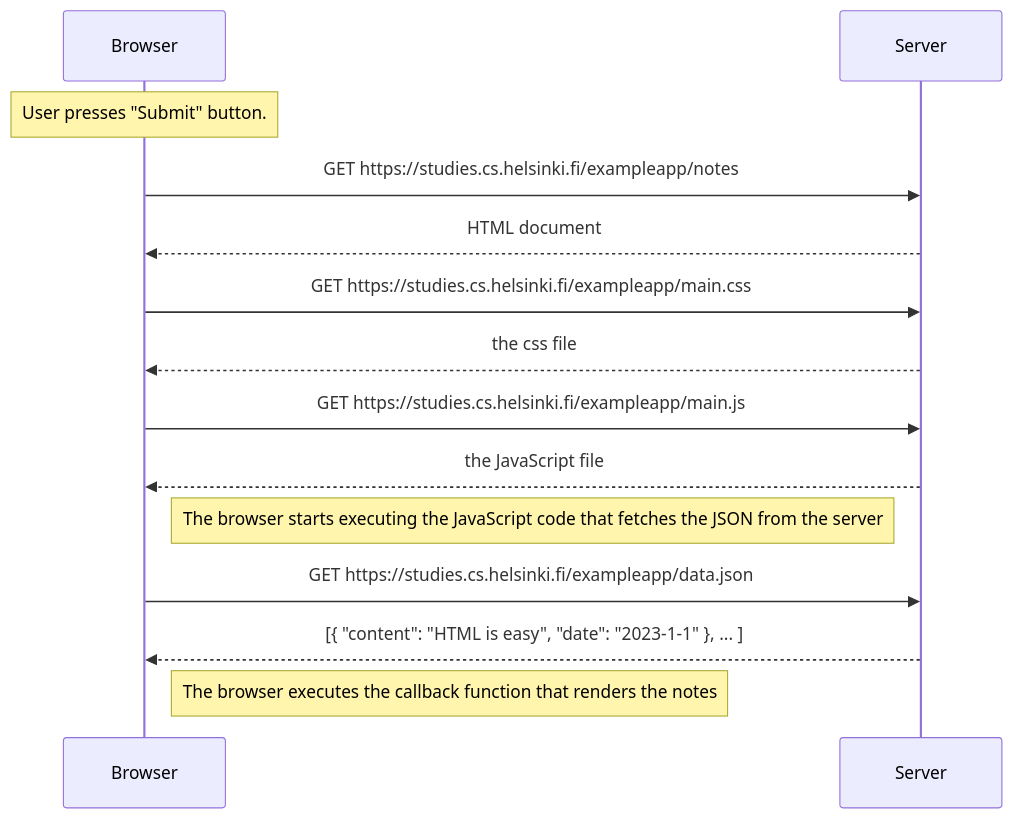
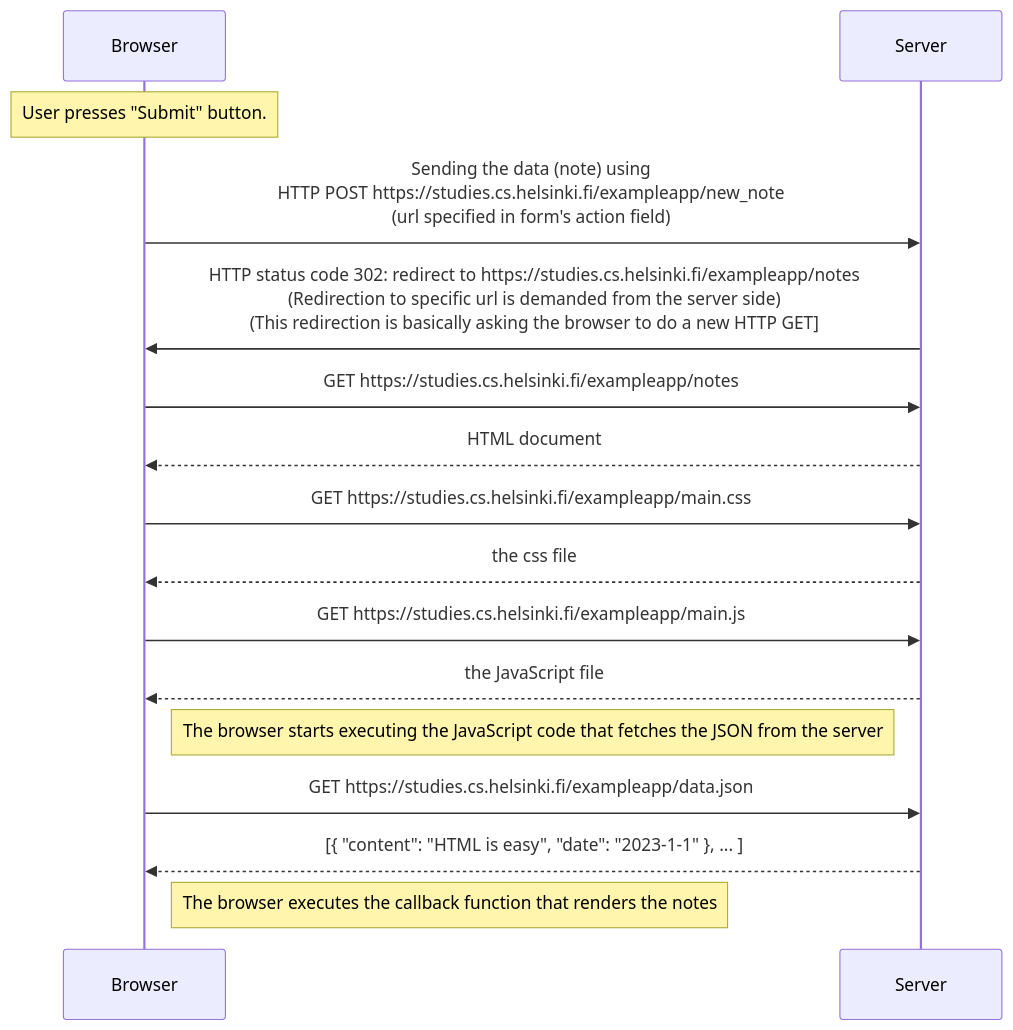
Before and after one commit to szmaragdynia/FullstackLearning: the diagram in part0/excercise0-4.md, drawn with Mermaid.

Commit message:
adding substance to mermaid

````diff
--- a/part0/excercise0-4.md
+++ b/part0/excercise0-4.md
@@ -1,24 +1,27 @@
 ```mermaid
 sequenceDiagram
     participant b as Browser
     participant s as Server
     
     Note over b: User presses "Submit" button.
+    
+    b->>s: Sending the data (note) using <br/> HTTP POST https://studies.cs.helsinki.fi/exampleapp/new_note <br/> (url specified in form's action field) 
+    s->>b: HTTP status code 302: redirect to https://studies.cs.helsinki.fi/exampleapp/notes <br/> (Redirection to specific url is demanded from the server side) <br/> (This redirection is basically asking the browser to do a new HTTP GET]
 
     b->>s: GET https://studies.cs.helsinki.fi/exampleapp/notes
     s-->>b: HTML document
     
     b->>s: GET https://studies.cs.helsinki.fi/exampleapp/main.css
     s-->>b: the css file
     
     b->>s: GET https://studies.cs.helsinki.fi/exampleapp/main.js
     s-->>b: the JavaScript file
     
     Note right of b: The browser starts executing the JavaScript code that fetches the JSON from the server
     
     b->>s: GET https://studies.cs.helsinki.fi/exampleapp/data.json
     s-->>b: [{ "content": "HTML is easy", "date": "2023-1-1" }, ... ]
 
     Note right of b: The browser executes the callback function that renders the notes
     
 ```
````
